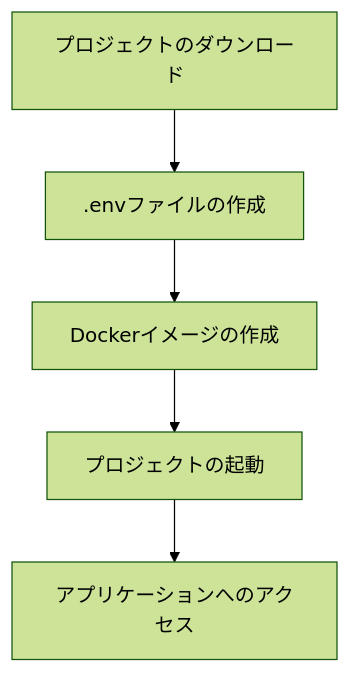
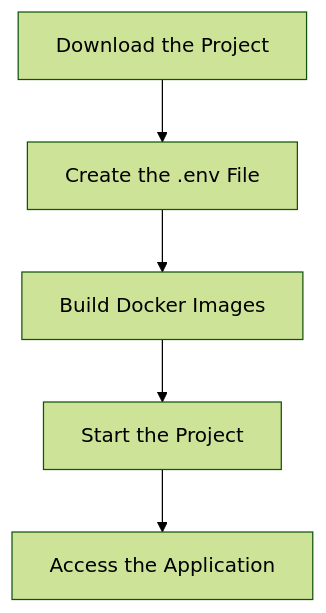
One commit to RiCoDeKu/EAIE_T changed the diagram in README.md. Above: the diagram before and after it, drawn with Mermaid (forest theme). The commit also changed other lines of this file, not shown here.

````diff
--- a/README.md
+++ b/README.md
@@ -66,7 +64,7 @@
 ```mermaid
 graph TD
-  A[プロジェクトのダウンロード] --> B[.envファイルの作成]
-  B --> C[Dockerイメージの作成]
-  C --> D[プロジェクトの起動]
-  D --> E[アプリケーションへのアクセス]
+  A[Download the Project] --> B[Create the .env File]
+  B --> C[Build Docker Images]
+  C --> D[Start the Project]
+  D --> E[Access the Application]
 ```
````
